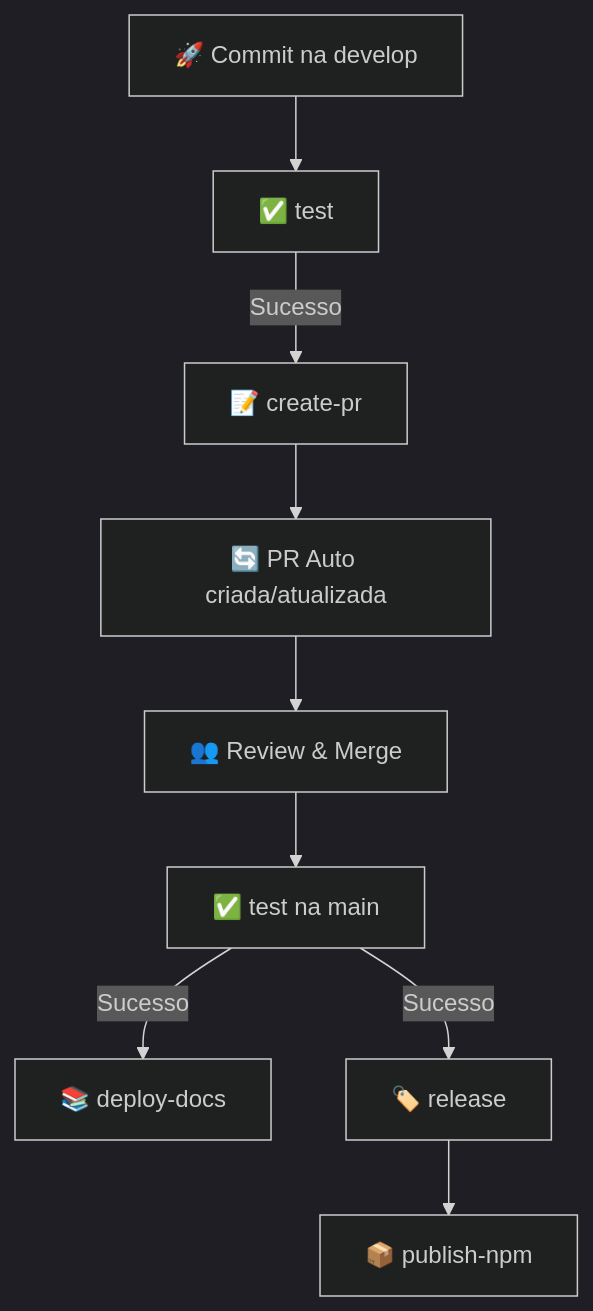
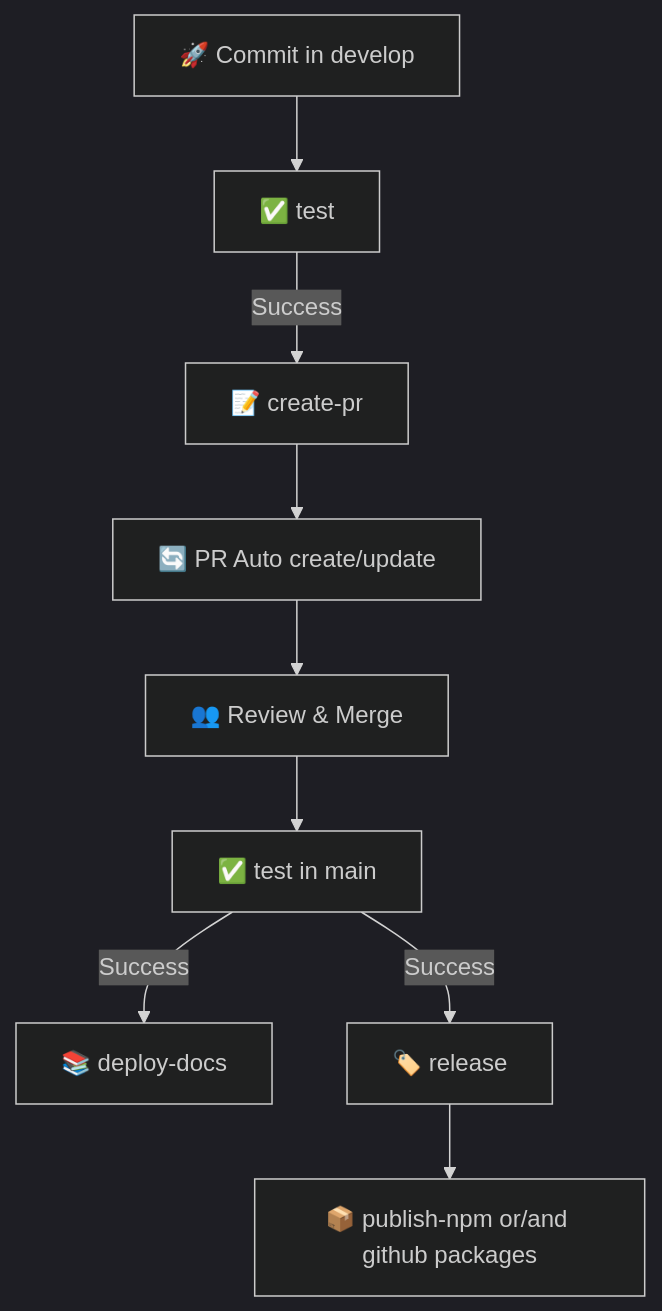
One commit to heliomarpm/gh-test-automations changed the diagram in README.md. Above: the diagram before and after it, drawn with Mermaid (dark theme). The commit also changed other lines of this file, not shown here.

````diff
--- a/README.md
+++ b/README.md
@@ -5,12 +5,12 @@
 ```mermaid
 graph TD
-    A[🚀 Commit na develop] --> B[✅ test]
-    B -->|Sucesso| C[📝 create-pr]
-    C --> D[🔄 PR Auto criada/atualizada]
+    A[🚀 Commit in develop] --> B[✅ test]
+    B -->|Success| C[📝 create-pr]
+    C --> D[🔄 PR Auto create/update]
     D --> E[👥 Review & Merge]
-    E --> F[✅ test na main]
-    F -->|Sucesso| G[📚 deploy-docs]
-    F -->|Sucesso| H[🏷️ release]
-    H --> I[📦 publish-npm]
+    E --> F[✅ test in main]
+    F -->|Success| G[📚 deploy-docs]
+    F -->|Success| H[🏷️ release]
+    H --> I[📦 publish-npm or/and github packages]
 
 ```
````
